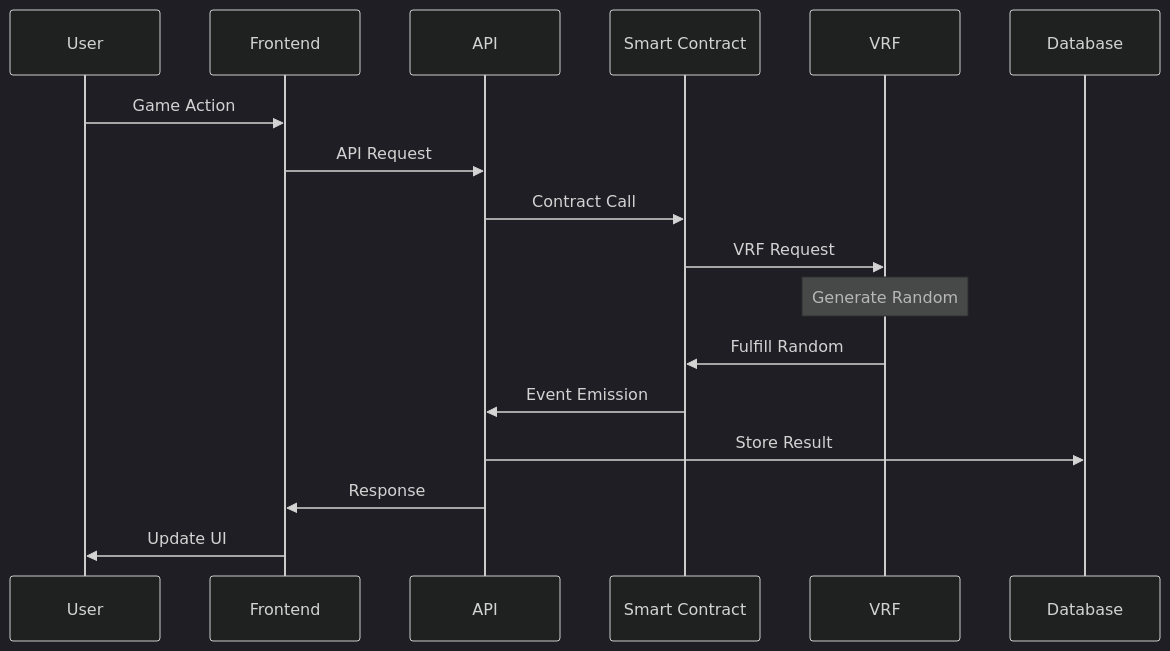
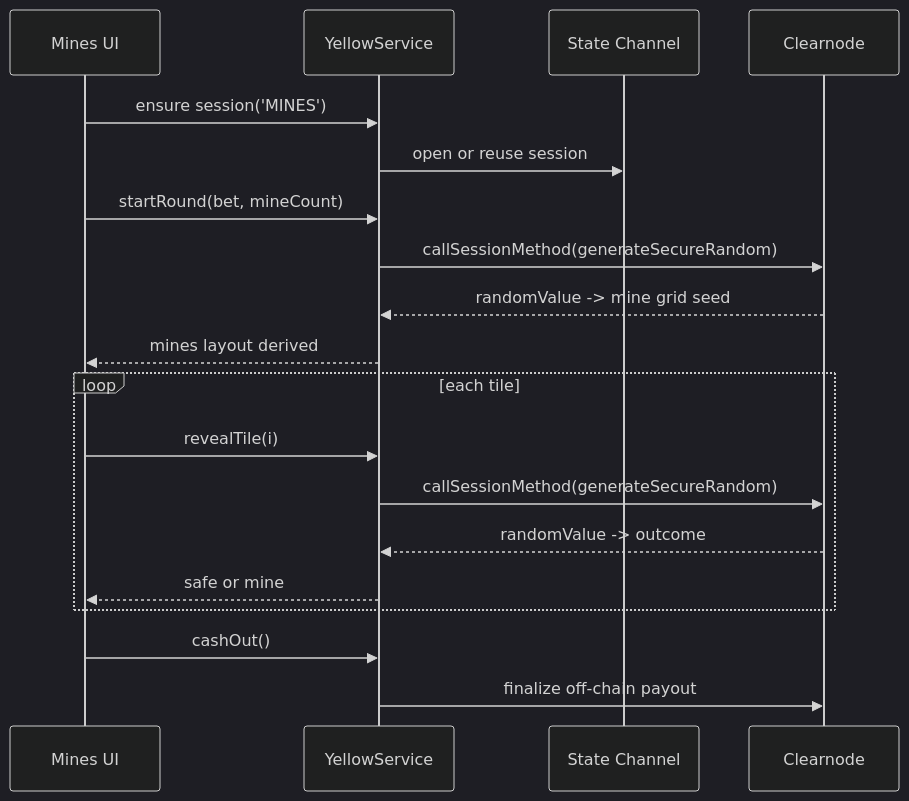
The seventh of 12 diagrams in MERMAID_DIAGRAMS.md (AmaanSayyad/APT-Casino-Yellow), drawn with Mermaid (dark theme) before and after one commit. The commit also changed other lines of this file, not shown here.

````diff
--- a/MERMAID_DIAGRAMS.md
+++ b/MERMAID_DIAGRAMS.md
@@ -348,22 +165,22 @@
 ```mermaid
 sequenceDiagram
-    participant U as User
-    participant F as Frontend
-    participant A as API
-    participant S as Smart Contract
-    participant V as VRF
-    participant D as Database
-    
-    U->>F: Game Action
-    F->>A: API Request
-    A->>S: Contract Call
-    S->>V: VRF Request
-    
-    Note over V: Generate Random
-    
-    V->>S: Fulfill Random
-    S->>A: Event Emission
-    A->>D: Store Result
-    A->>F: Response
-    F->>U: Update UI
+  participant UI as Mines UI
+  participant S as YellowService
+  participant CH as State Channel
+  participant CN as Clearnode
+
+  UI->>S: ensure session('MINES')
+  S->>CH: open or reuse session
+  UI->>S: startRound(bet, mineCount)
+  S->>CN: callSessionMethod(generateSecureRandom)
+  CN-->>S: randomValue -> mine grid seed
+  S-->>UI: mines layout derived
+  loop each tile
+    UI->>S: revealTile(i)
+    S->>CN: callSessionMethod(generateSecureRandom)
+    CN-->>S: randomValue -> outcome
+    S-->>UI: safe or mine
+  end
+  UI->>S: cashOut()
+  S->>CN: finalize off-chain payout
 ```
````
